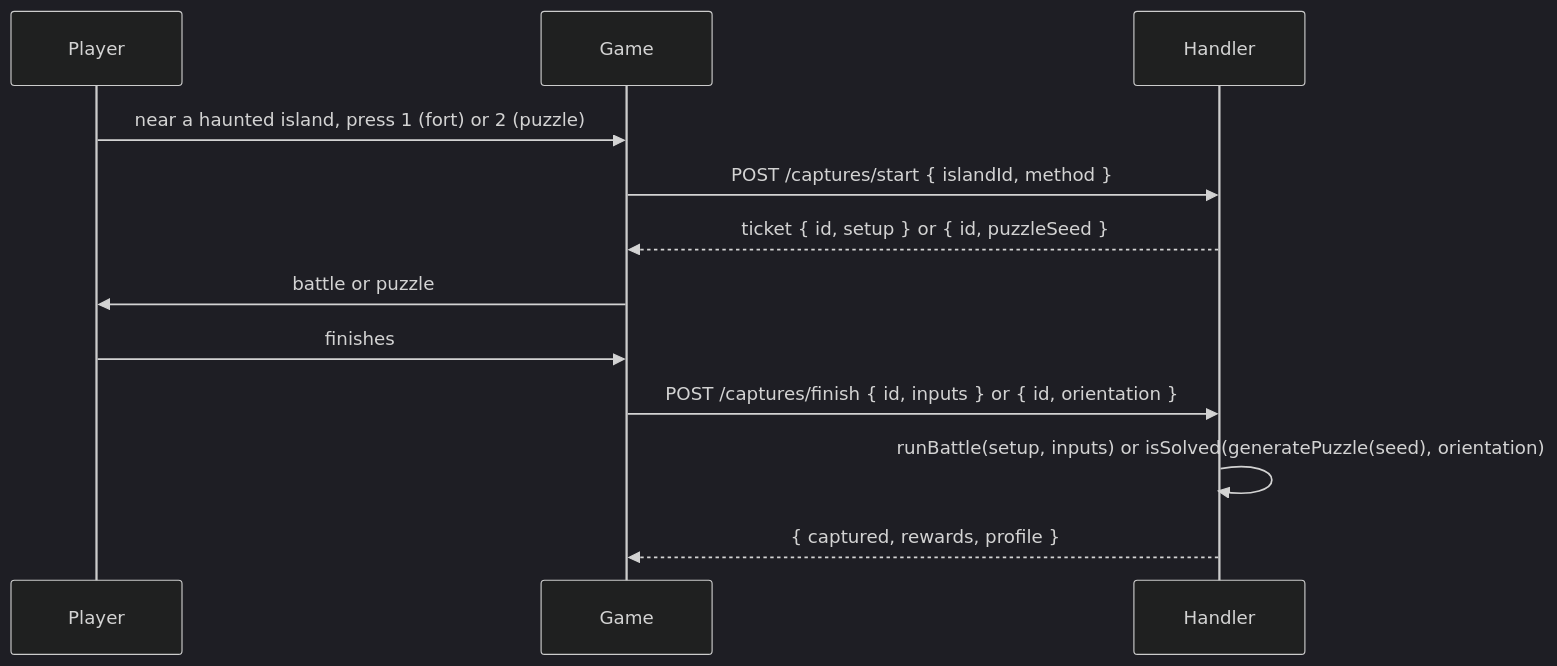
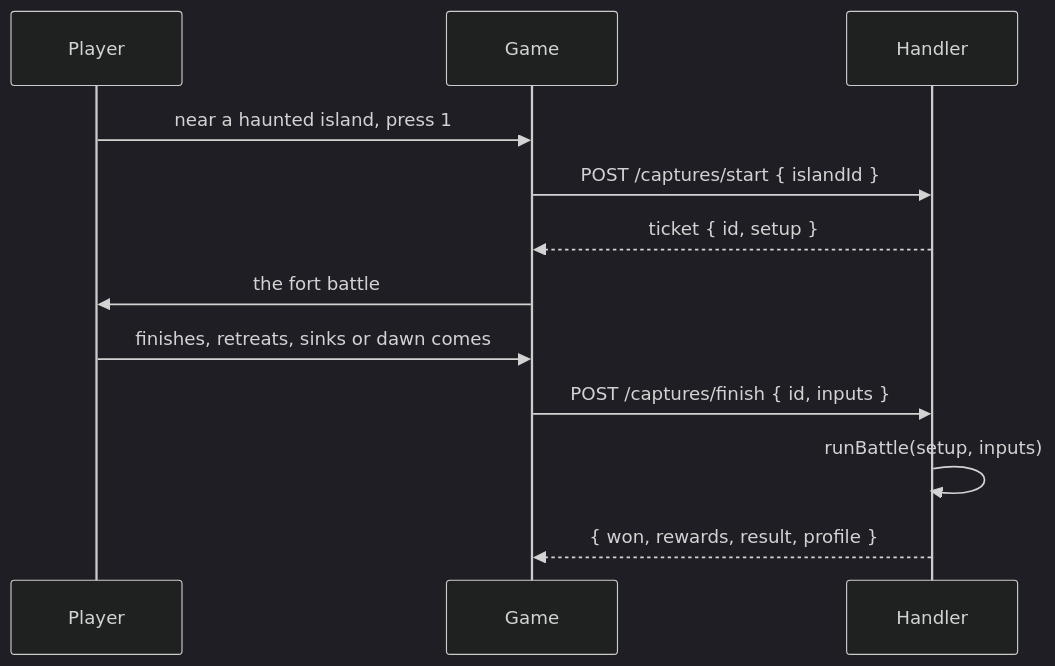
Before and after one commit to Utsav-Singh-35/ghostlight-isles: the diagram in .kiro/specs/island-capture/design.md, drawn with Mermaid (dark theme). The commit also changed other lines of this file and 54 other files, not shown here.

First line of the commit message:
Capture islands by battle only, with five fort levels that get harder

````diff
--- a/.kiro/specs/island-capture/design.md
+++ b/.kiro/specs/island-capture/design.md
@@ -17,14 +36,14 @@
 ```mermaid
 sequenceDiagram
   participant P as Player
   participant G as Game
   participant S as Handler
-  P->>G: near a haunted island, press 1 (fort) or 2 (puzzle)
-  G->>S: POST /captures/start { islandId, method }
-  S-->>G: ticket { id, setup } or { id, puzzleSeed }
-  G->>P: battle or puzzle
-  P->>G: finishes
-  G->>S: POST /captures/finish { id, inputs } or { id, orientation }
-  S->>S: runBattle(setup, inputs) or isSolved(generatePuzzle(seed), orientation)
-  S-->>G: { captured, rewards, profile }
+  P->>G: near a haunted island, press 1
+  G->>S: POST /captures/start { islandId }
+  S-->>G: ticket { id, setup }
+  G->>P: the fort battle
+  P->>G: finishes, retreats, sinks or dawn comes
+  G->>S: POST /captures/finish { id, inputs }
+  S->>S: runBattle(setup, inputs)
+  S-->>G: { won, rewards, result, profile }
 ```
````
